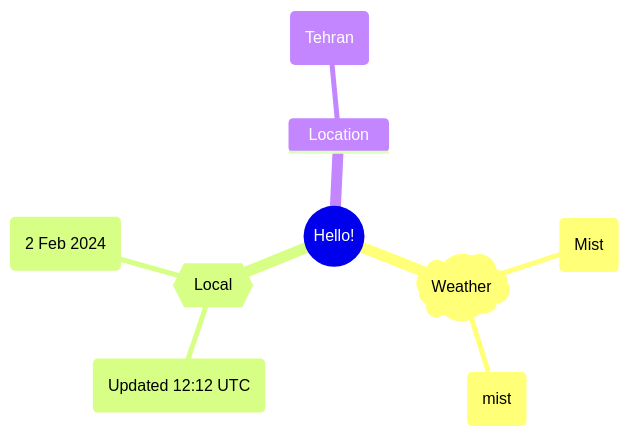
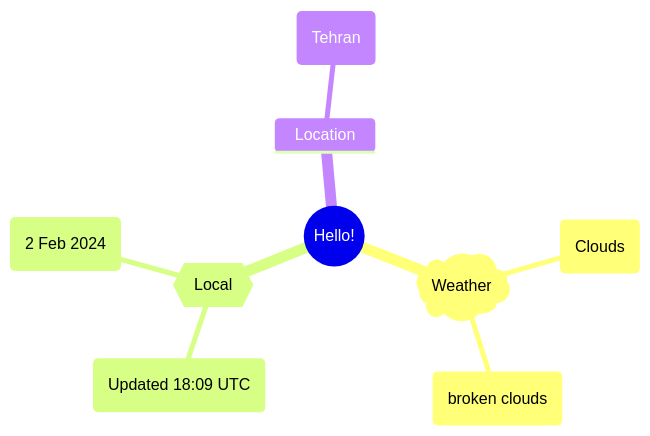
Before and after one commit to Xosrov/Xosrov: the first of 2 diagrams in README.md, drawn with Mermaid.

Commit message:
[bot] updated images

````diff
--- a/README.md
+++ b/README.md
@@ -3,12 +3,12 @@
 ```mermaid
 mindmap
   root((Hello!))
     )Weather(
-        (Mist)
-        (mist)
+        (Clouds)
+        (broken clouds)
     {{Local}}
-        (Updated 12:12 UTC)
+        (Updated 18:09 UTC)
         (2 Feb 2024)
     Location
         (Tehran)
 ```
````
